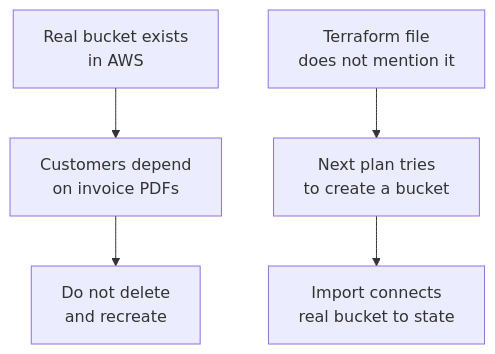
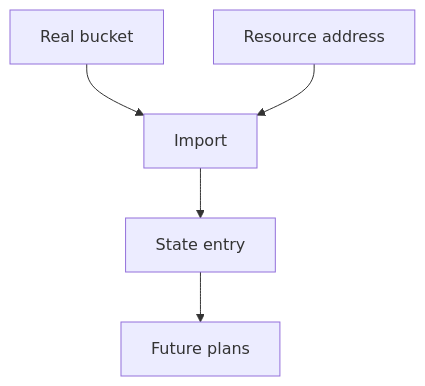
The diagram in infrastructure-as-code/terraform/importing-existing-resources.md (senlinyy/dev-roadmaps), drawn with Mermaid before and after one commit. The commit also changed other lines of this file and 10 other files, not shown here.

````diff
--- a/infrastructure-as-code/terraform/importing-existing-resources.md
+++ b/infrastructure-as-code/terraform/importing-existing-resources.md
@@ -36,7 +40,7 @@
 ```mermaid
 flowchart TD
-    A["Real bucket exists<br/>in AWS"] --> B["Customers depend<br/>on invoice PDFs"]
-    C["Terraform file<br/>does not mention it"] --> D["Next plan tries<br/>to create a bucket"]
-    B --> E["Do not delete<br/>and recreate"]
-    D --> F["Import connects<br/>real bucket to state"]
+    Real["Real bucket"] --> Import["Import"]
+    Address["Resource address"] --> Import
+    Import --> State["State entry"]
+    State --> Plan["Future plans"]
 ```
````
